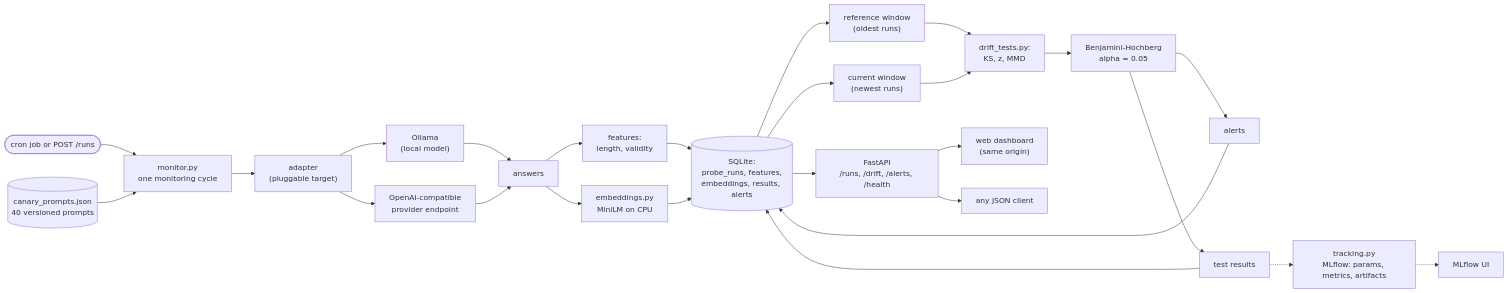
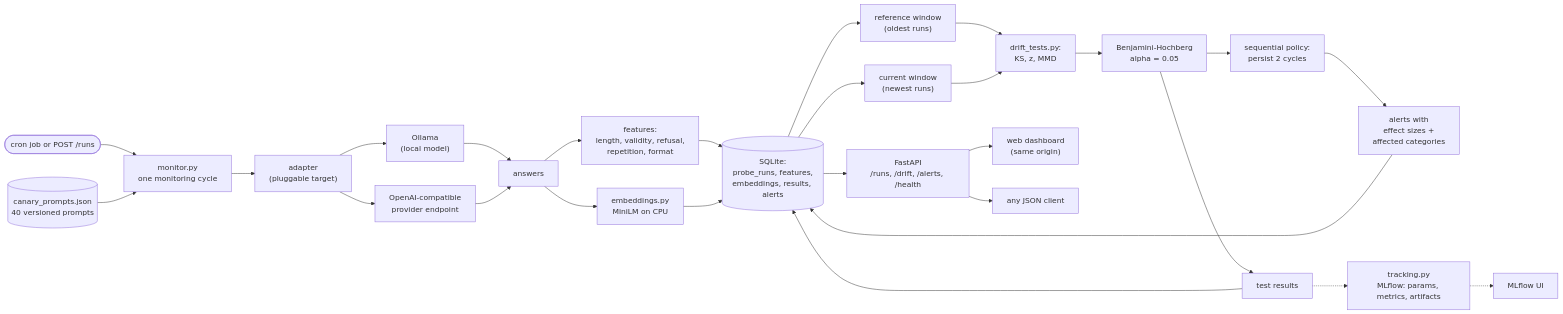
One commit to chandresh-pandey-ml/llm-drift-monitor changed the diagram in README.md. Above: the diagram before and after it, drawn with Mermaid. The commit also changed other lines of this file and 12 other files, not shown here.

Commit message:
Add behavioral features, sequential alert policy, category-wise MMD with localization, and a centroid baseline

````diff
--- a/README.md
+++ b/README.md
@@ -29,34 +29,35 @@
 ```mermaid
 flowchart LR
     SCHED(["cron job or POST /runs"]) --> M["monitor.py<br/>one monitoring cycle"]
     CP[("canary_prompts.json<br/>40 versioned prompts")] --> M
 
     M --> AD["adapter<br/>(pluggable target)"]
     AD --> OLL["Ollama<br/>(local model)"]
     AD --> PROV["OpenAI-compatible<br/>provider endpoint"]
     OLL --> ANS["answers"]
     PROV --> ANS
 
-    ANS --> FEAT["features:<br/>length, validity"]
+    ANS --> FEAT["features:<br/>length, validity, refusal,<br/>repetition, format"]
     ANS --> EMB["embeddings.py<br/>MiniLM on CPU"]
 
     FEAT --> DB[("SQLite:<br/>probe_runs, features,<br/>embeddings, results, alerts")]
     EMB --> DB
 
     DB --> REF["reference window<br/>(oldest runs)"]
     DB --> CUR["current window<br/>(newest runs)"]
     REF --> T["drift_tests.py:<br/>KS, z, MMD"]
     CUR --> T
     T --> BH["Benjamini-Hochberg<br/>alpha = 0.05"]
-    BH --> AL["alerts"]
+    BH --> SEQ["sequential policy:<br/>persist 2 cycles"]
+    SEQ --> AL["alerts with<br/>effect sizes +<br/>affected categories"]
     BH --> RES["test results"]
     AL --> DB
     RES --> DB
 
     RES -.-> TRK["tracking.py<br/>MLflow: params, metrics, artifacts"]
     TRK -.-> MUI["MLflow UI"]
 
     DB --> API["FastAPI<br/>/runs, /drift, /alerts, /health"]
     API --> DASH["web dashboard<br/>(same origin)"]
     API --> CLI["any JSON client"]
 ```
````
